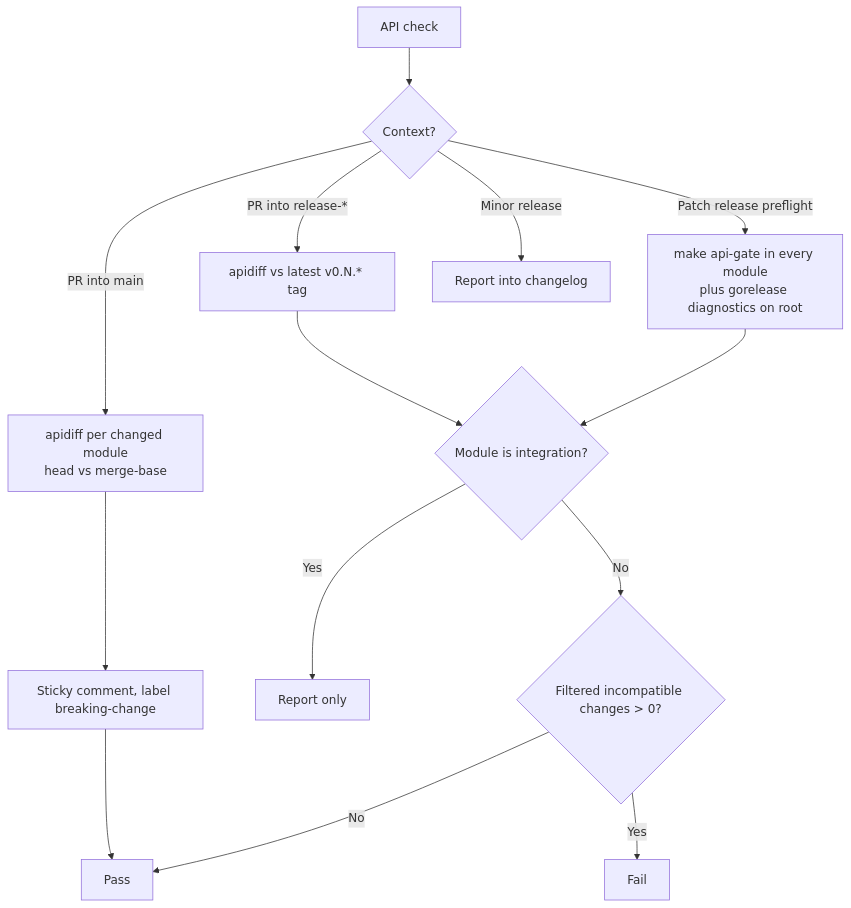
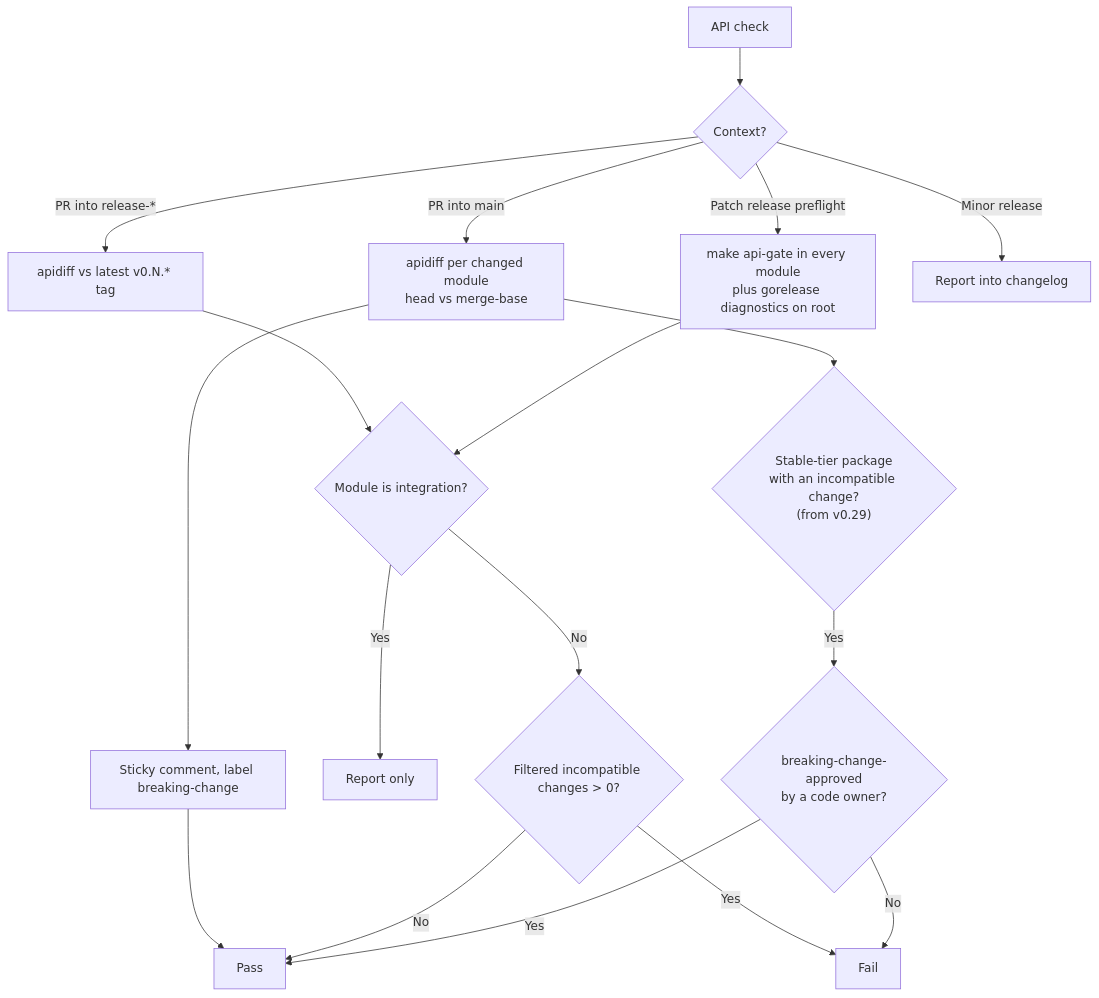
The sixth of 7 diagrams in docs/proposals/release-process.md (LFDT-Panurus/panurus), drawn with Mermaid before and after one commit. The commit also changed other lines of this file, not shown here.

````diff
--- a/docs/proposals/release-process.md
+++ b/docs/proposals/release-process.md
@@ -603,16 +607,20 @@
 ```mermaid
 flowchart TD
     A["API check"] --> B{"Context?"}
     B -- "PR into main" --> C["apidiff per changed module<br/>head vs merge-base"]
     C --> D["Sticky comment, label breaking-change"]
     D --> G["Pass"]
     B -- "PR into release-*" --> H["apidiff vs latest v0.N.* tag"]
     H --> I{"Module is integration?"}
     I -- "Yes" --> J["Report only"]
     I -- "No" --> K{"Filtered incompatible changes > 0?"}
     K -- "Yes" --> L["Fail"]
     K -- "No" --> G
     B -- "Patch release preflight" --> M["make api-gate in every module<br/>plus gorelease diagnostics on root"]
     M --> I
     B -- "Minor release" --> N["Report into changelog"]
+    C --> T{"Stable-tier package<br/>with an incompatible change?<br/>(from v0.29)"}
+    T -- "Yes" --> U{"breaking-change-approved<br/>by a code owner?"}
+    U -- "No" --> L
+    U -- "Yes" --> G
 ```
````
